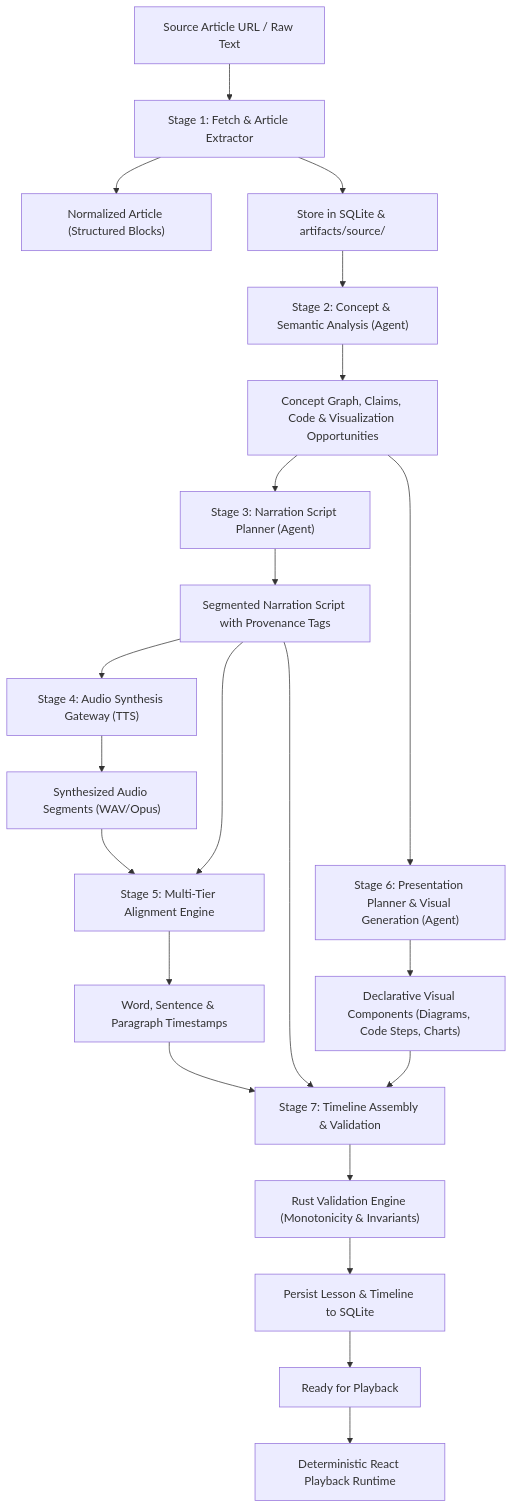
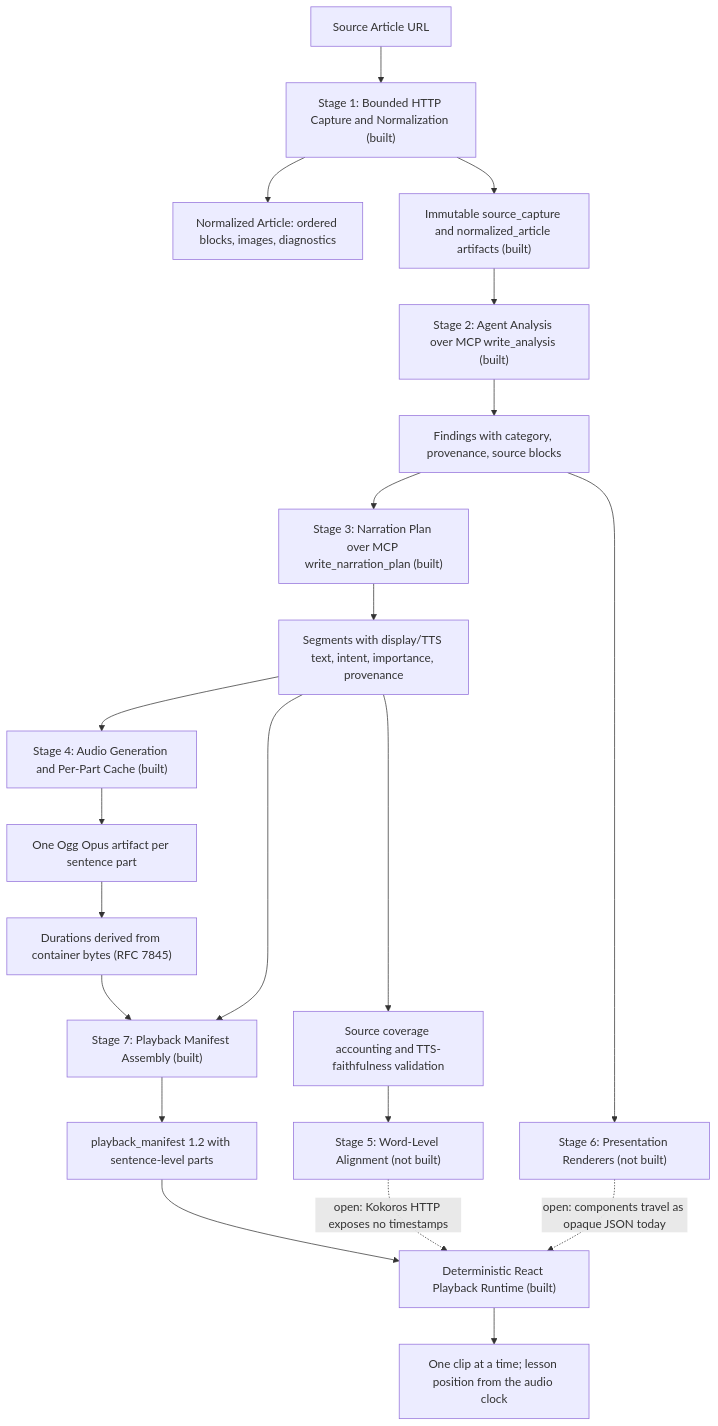
One commit to PriyanshuSingh9/digest changed the second of 3 diagrams in docs/architecture.md. Above: the diagram before and after it, drawn with Mermaid. The commit also changed other lines of this file and 8 other files, not shown here.

````diff
--- a/docs/architecture.md
+++ b/docs/architecture.md
@@ -153,32 +151,30 @@
 ```mermaid
 flowchart TD
-    URL["Source Article URL / Raw Text"] --> STAGE1["Stage 1: Fetch & Article Extractor"]
-    STAGE1 --> NORM["Normalized Article (Structured Blocks)"]
-    STAGE1 --> STORE_SRC["Store in SQLite & artifacts/source/"]
+    URL["Source Article URL"] --> STAGE1["Stage 1: Bounded HTTP Capture and Normalization (built)"]
+    STAGE1 --> NORM["Normalized Article: ordered blocks, images, diagnostics"]
+    STAGE1 --> STORE_SRC["Immutable source_capture and normalized_article artifacts (built)"]
 
-    STORE_SRC --> STAGE2["Stage 2: Concept & Semantic Analysis (Agent)"]
-    STAGE2 --> CONCEPTS["Concept Graph, Claims, Code & Visualization Opportunities"]
+    STORE_SRC --> STAGE2["Stage 2: Agent Analysis over MCP write_analysis (built)"]
+    STAGE2 --> CONCEPTS["Findings with category, provenance, source blocks"]
 
-    CONCEPTS --> STAGE3["Stage 3: Narration Script Planner (Agent)"]
-    STAGE3 --> SCRIPT["Segmented Narration Script with Provenance Tags"]
+    CONCEPTS --> STAGE3["Stage 3: Narration Plan over MCP write_narration_plan (built)"]
+    STAGE3 --> SCRIPT["Segments with display/TTS text, intent, importance, provenance"]
+    SCRIPT --> COVERAGE["Source coverage accounting and TTS-faithfulness validation"]
 
-    SCRIPT --> STAGE4["Stage 4: Audio Synthesis Gateway (TTS)"]
-    STAGE4 --> AUDIO["Synthesized Audio Segments (WAV/Opus)"]
+    SCRIPT --> STAGE4["Stage 4: Audio Generation and Per-Part Cache (built)"]
+    STAGE4 --> AUDIO["One Ogg Opus artifact per sentence part"]
+    AUDIO --> DUR["Durations derived from container bytes (RFC 7845)"]
 
-    AUDIO --> STAGE5["Stage 5: Multi-Tier Alignment Engine"]
-    SCRIPT --> STAGE5
-    STAGE5 --> TIMINGS["Word, Sentence & Paragraph Timestamps"]
+    DUR --> STAGE7["Stage 7: Playback Manifest Assembly (built)"]
+    SCRIPT --> STAGE7
+    STAGE7 --> MANIFEST["playback_manifest 1.2 with sentence-level parts"]
 
-    CONCEPTS --> STAGE6["Stage 6: Presentation Planner & Visual Generation (Agent)"]
-    STAGE6 --> VISUALS["Declarative Visual Components (Diagrams, Code Steps, Charts)"]
+    MANIFEST --> RUNTIME["Deterministic React Playback Runtime (built)"]
+    RUNTIME --> CLOCK["One clip at a time; lesson position from the audio clock"]
 
-    TIMINGS --> STAGE7["Stage 7: Timeline Assembly & Validation"]
-    VISUALS --> STAGE7
-    SCRIPT --> STAGE7
-    STAGE7 --> VALIDATE["Rust Validation Engine (Monotonicity & Invariants)"]
+    COVERAGE --> ALIGN["Stage 5: Word-Level Alignment (not built)"]
+    ALIGN -.->|open: Kokoros HTTP exposes no timestamps| RUNTIME
 
-    VALIDATE --> PERSIST_RUN["Persist Lesson & Timeline to SQLite"]
-    PERSIST_RUN --> READY["Ready for Playback"]
-
-    READY --> RUNTIME["Deterministic React Playback Runtime"]
+    CONCEPTS --> STAGE6["Stage 6: Presentation Renderers (not built)"]
+    STAGE6 -.->|open: components travel as opaque JSON today| RUNTIME
 ```
````
